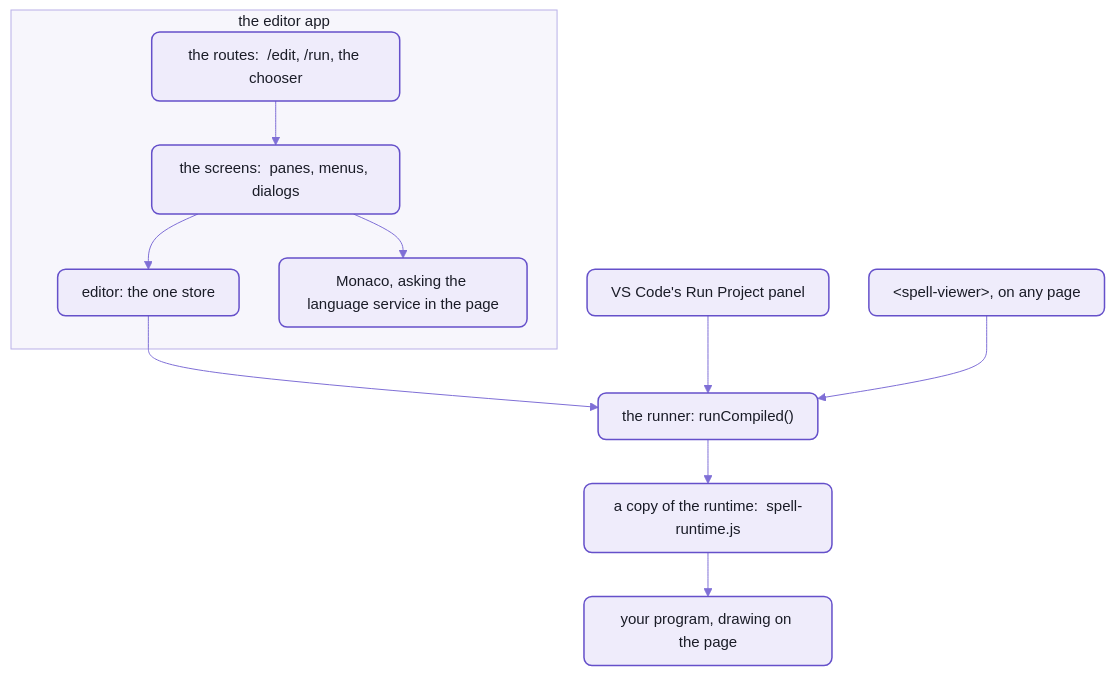
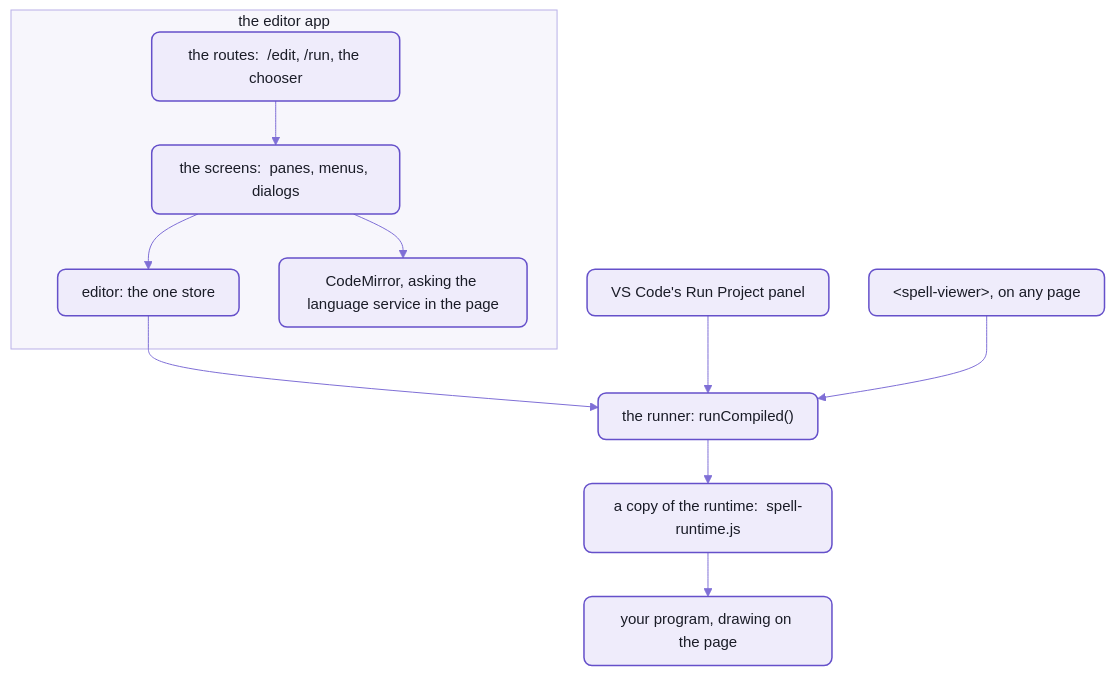
Before and after one commit to spell-app/spell: the first of 2 diagrams in app/README-app.md, drawn with Mermaid. The commit also changed other lines of this file and 69 other files, not shown here.

````diff
--- a/app/README-app.md
+++ b/app/README-app.md
@@ -36,16 +36,16 @@
 ```mermaid
 %%{init: {"theme":"base","themeVariables":{"fontFamily":"-apple-system, BlinkMacSystemFont, Segoe UI, Helvetica, Arial, sans-serif","fontSize":"15px","primaryColor":"#EFECFB","primaryBorderColor":"#6550CA","primaryTextColor":"#1A1C27","secondaryColor":"#F4F1E9","tertiaryColor":"#F7F6FC","lineColor":"#7F6FD6","textColor":"#7F6FD6","clusterBkg":"#F7F6FC","clusterBorder":"#B9B0E8","titleColor":"#1A1C27","edgeLabelBackground":"#F7F6FC","actorBkg":"#EFECFB","actorBorder":"#6550CA","actorTextColor":"#1A1C27","actorLineColor":"#9C90DE","signalColor":"#7F6FD6","signalTextColor":"#7F6FD6","labelBoxBkgColor":"#EFECFB","labelBoxBorderColor":"#6550CA","labelTextColor":"#1A1C27","loopTextColor":"#7F6FD6","noteBkgColor":"#F1E7D4","noteBorderColor":"#C9B48A","noteTextColor":"#1A1C27","activationBkgColor":"#DCD6F7","activationBorderColor":"#6550CA","sequenceNumberColor":"#FFFFFF"},"flowchart":{"curve":"basis","padding":12,"nodeSpacing":40,"rankSpacing":44}}}%%
 flowchart TB
   subgraph web["the editor app"]
     routes["the routes:  /edit, /run, the chooser"] --> screens["the screens:  panes, menus, dialogs"]
     screens --> store["editor:  the one store"]
-    screens --> monaco["Monaco, asking the language service in the page"]
+    screens --> codemirror["CodeMirror, asking the language service in the page"]
   end
   store --> runner["the runner:  runCompiled()"]
   panel["VS Code's Run Project panel"] --> runner
   element["&lt;spell-viewer&gt;, on any page"] --> runner
   runner --> runtime["a copy of the runtime:  spell-runtime.js"]
   runtime --> program["your program, drawing on the page"]
   %% the Spell look:  yarn mermaid:pretty
   classDef default fill:#EFECFB,stroke:#6550CA,stroke-width:1.5px,color:#1A1C27,rx:8px,ry:8px
 ```
````
